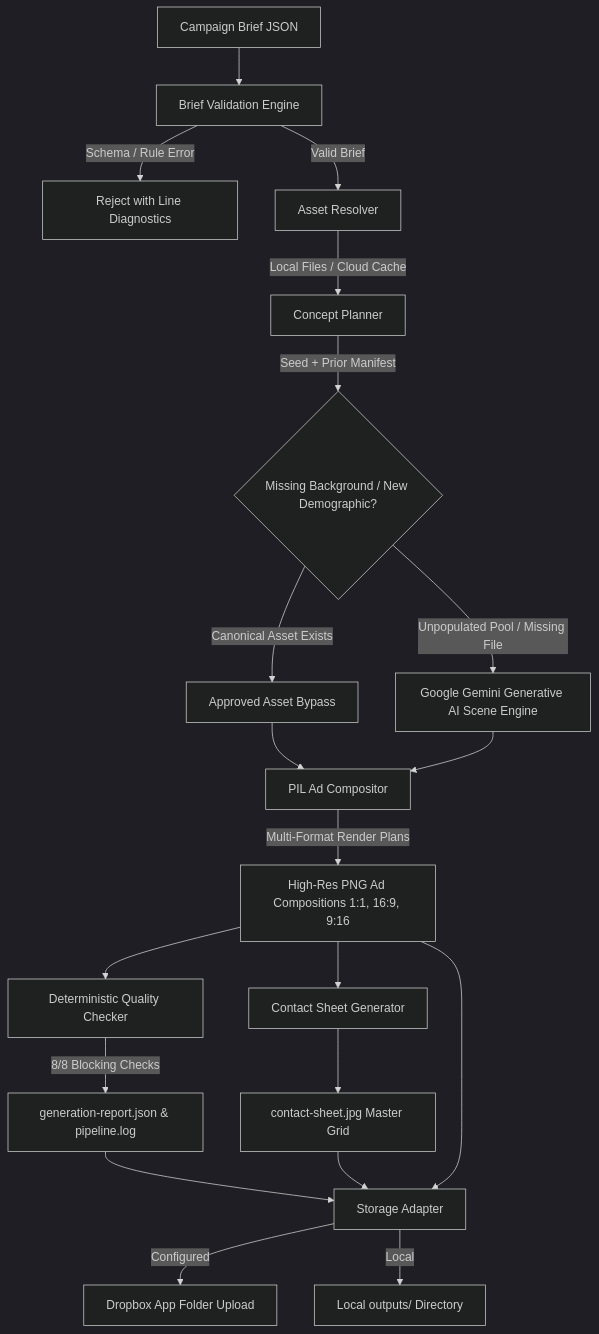
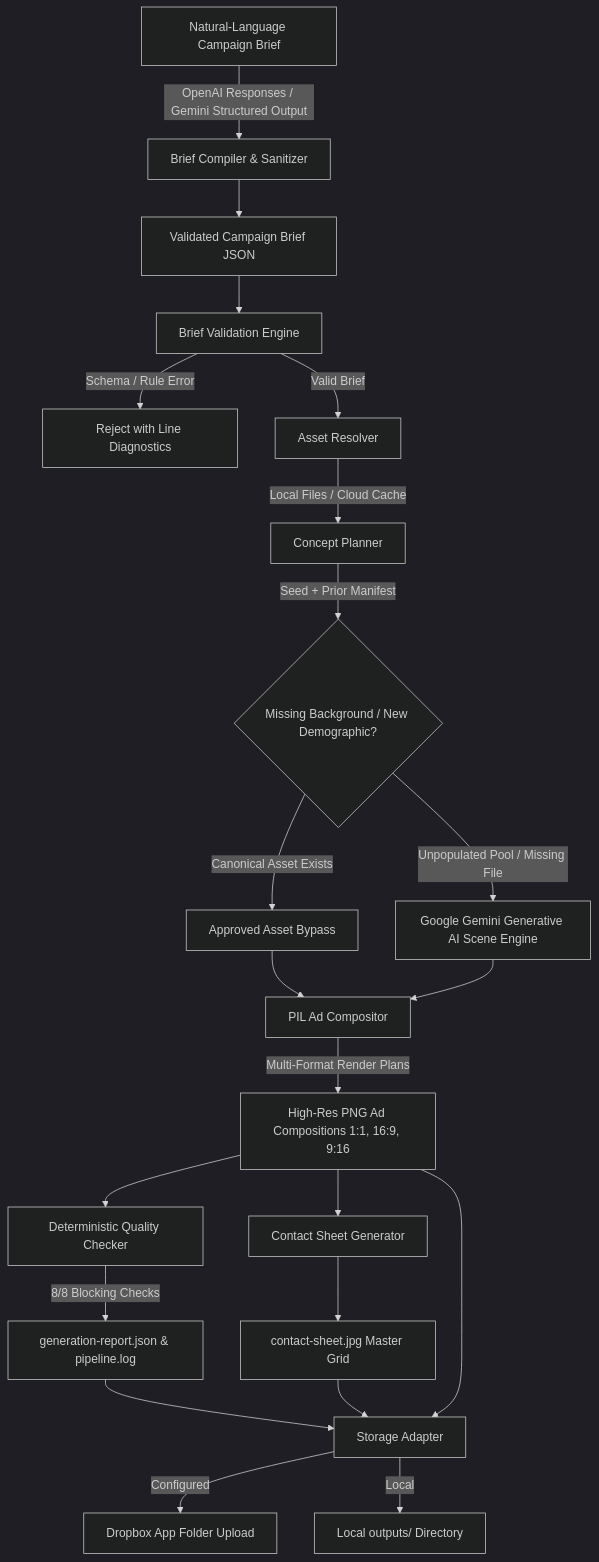
Before and after one commit to cogspa/YETI_AD_GEN: the diagram in README.md, drawn with Mermaid (dark theme). The commit also changed other lines of this file and 27 other files, not shown here.

Commit message:
feat: add natural language briefs with brief-to-JSON conversion and update documentation

````diff
--- a/README.md
+++ b/README.md
@@ -191,29 +197,31 @@
 ```mermaid
 graph TD
-    A[Campaign Brief JSON] --> B[Brief Validation Engine]
+    NL[Natural-Language Campaign Brief] -->|OpenAI Responses / Gemini Structured Output| B0[Brief Compiler & Sanitizer]
+    B0 --> A[Validated Campaign Brief JSON]
+    A --> B[Brief Validation Engine]
     B -->|Schema / Rule Error| C[Reject with Line Diagnostics]
     B -->|Valid Brief| D[Asset Resolver]
     
     D -->|Local Files / Cloud Cache| E[Concept Planner]
     E -->|Seed + Prior Manifest| F{Missing Background / New Demographic?}
     
     F -->|Canonical Asset Exists| G[Approved Asset Bypass]
     F -->|Unpopulated Pool / Missing File| H[Google Gemini Generative AI Scene Engine]
     
     G --> I[PIL Ad Compositor]
     H --> I
     
     I -->|Multi-Format Render Plans| J[High-Res PNG Ad Compositions 1:1, 16:9, 9:16]
     J --> K[Contact Sheet Generator]
     J --> L[Deterministic Quality Checker]
     
     L -->|8/8 Blocking Checks| M[generation-report.json & pipeline.log]
     K --> N[contact-sheet.jpg Master Grid]
     
     M --> O[Storage Adapter]
     N --> O
     J --> O
     
     O -->|Configured| P[Dropbox App Folder Upload]
     O -->|Local| Q[Local outputs/ Directory]
 ```
````
